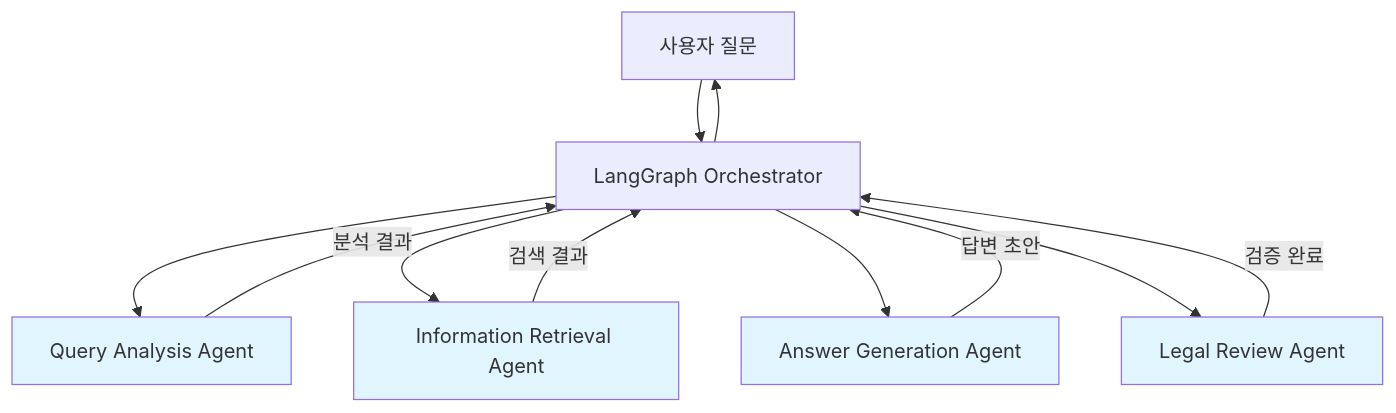
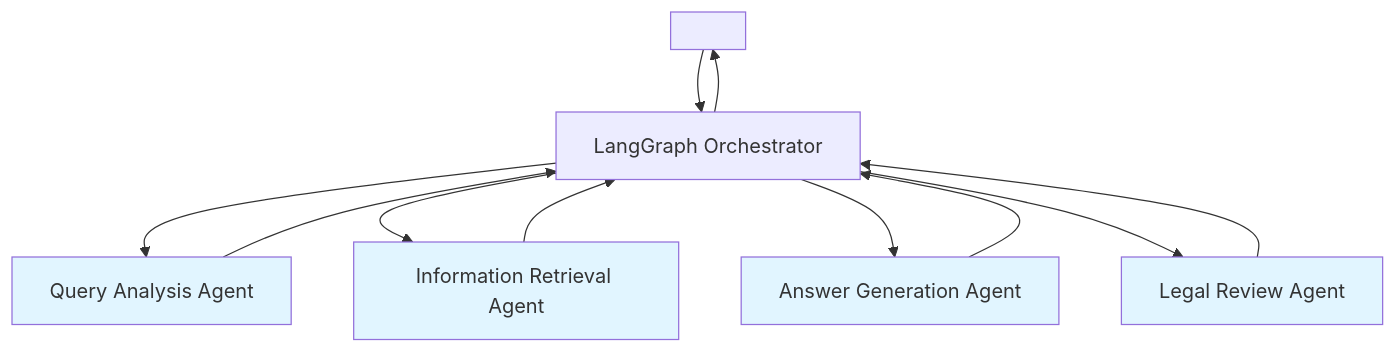
Before and after one commit to SKN19-FINAL-5team/LLM: the first of 2 diagrams in docs/technical/MAS_아키텍처_평가_보고서.md, drawn with Mermaid. The commit also changed other lines of this file and 183 other files, not shown here.

````diff
--- a/docs/technical/MAS_아키텍처_평가_보고서.md
+++ b/docs/technical/MAS_아키텍처_평가_보고서.md
@@ -27,23 +27,23 @@
 ```mermaid
 graph TB
-    User[사용자 질문] --> Orch[LangGraph Orchestrator]
+    User[ ] --> Orch[LangGraph Orchestrator]
     
     Orch --> QA[Query Analysis Agent]
-    QA --> |분석 결과| Orch
+    QA --> | | Orch
     
     Orch --> IR[Information Retrieval Agent]
-    IR --> |검색 결과| Orch
+    IR --> | | Orch
     
     Orch --> AG[Answer Generation Agent]
-    AG --> |답변 초안| Orch
+    AG --> | | Orch
     
     Orch --> LR[Legal Review Agent]
-    LR --> |검증 완료| Orch
+    LR --> | | Orch
     
     Orch --> User
     
     style QA fill:#e1f5ff
     style IR fill:#e1f5ff
     style AG fill:#e1f5ff
     style LR fill:#e1f5ff
 ```
````
